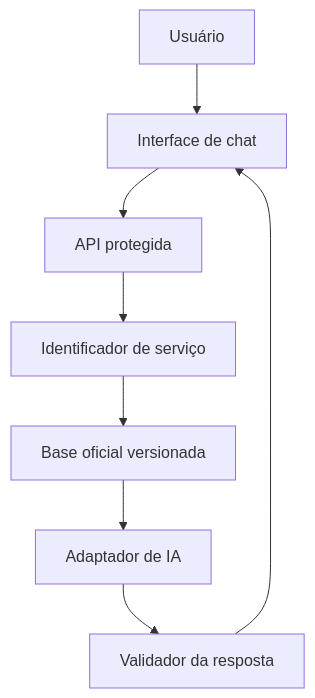
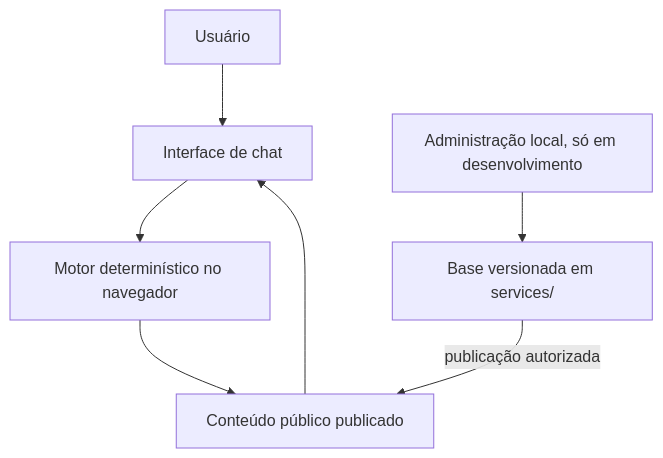
One commit to elisfarias-ia/SEMA_Orienta changed the diagram in docs/ARQUITETURA.md. Above: the diagram before and after it, drawn with Mermaid. The commit also changed other lines of this file and 7 other files, not shown here.

````diff
--- a/docs/ARQUITETURA.md
+++ b/docs/ARQUITETURA.md
@@ -5,10 +5,9 @@
 ```mermaid
 flowchart TD
     U[Usuário] --> W[Interface de chat]
-    W --> A[API protegida]
-    A --> I[Identificador de serviço]
-    I --> B[Base oficial versionada]
-    B --> G[Adaptador de IA]
-    G --> V[Validador da resposta]
-    V --> W
+    W --> M[Motor determinístico no navegador]
+    M --> P[Conteúdo público publicado]
+    P --> W
+    A[Administração local, só em desenvolvimento] --> B[Base versionada em services/]
+    B -->|publicação autorizada| P
 ```
````
